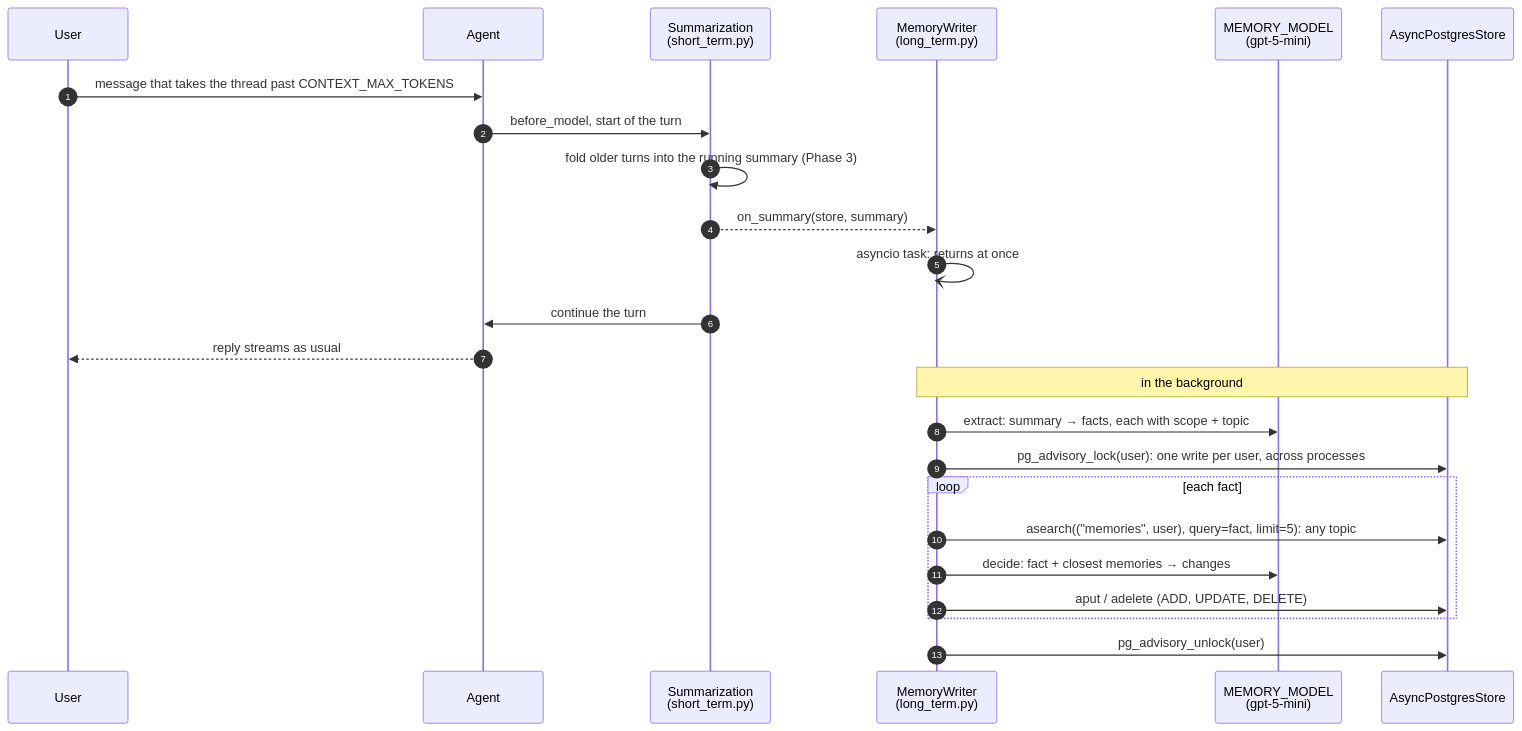
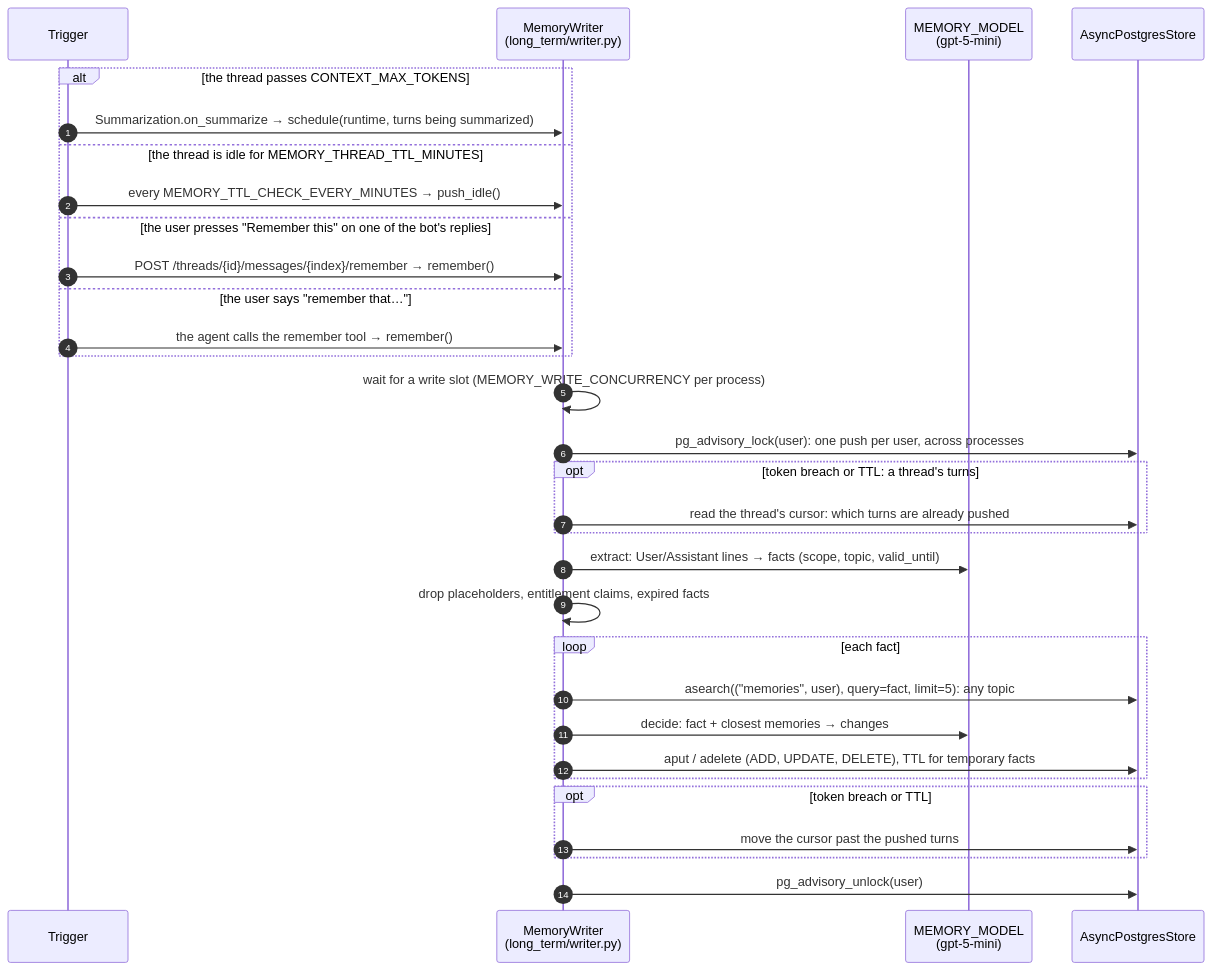
Before and after one commit to Anirudh1905/agentic-ai-chatbot: the first of 2 diagrams in docs/phase-6-long-term-memory.md, drawn with Mermaid. The commit also changed other lines of this file and 41 other files, not shown here.

````diff
--- a/docs/phase-6-long-term-memory.md
+++ b/docs/phase-6-long-term-memory.md
@@ -22,27 +24,34 @@
 ```mermaid
 sequenceDiagram
     autonumber
-    participant U as User
-    participant G as Agent
-    participant S as Summarization<br/>(short_term.py)
-    participant W as MemoryWriter<br/>(long_term.py)
+    participant T as Trigger
+    participant W as MemoryWriter<br/>(long_term/writer.py)
     participant M as MEMORY_MODEL<br/>(gpt-5-mini)
     participant St as AsyncPostgresStore
 
-    U->>G: message that takes the thread past CONTEXT_MAX_TOKENS
-    G->>S: before_model, start of the turn
-    S->>S: fold older turns into the running summary (Phase 3)
-    S-->>W: on_summary(store, summary)
-    W-)W: asyncio task: returns at once
-    S->>G: continue the turn
-    G-->>U: reply streams as usual
-    Note over W,St: in the background
-    W->>M: extract: summary → facts, each with scope + topic
-    W->>St: pg_advisory_lock(user): one write per user, across processes
+    alt the thread passes CONTEXT_MAX_TOKENS
+        T->>W: Summarization.on_summarize → schedule(runtime, turns being summarized)
+    else the thread is idle for MEMORY_THREAD_TTL_MINUTES
+        T->>W: every MEMORY_TTL_CHECK_EVERY_MINUTES → push_idle()
+    else the user presses "Remember this" on one of the bot's replies
+        T->>W: POST /threads/{id}/messages/{index}/remember → remember()
+    else the user says "remember that…"
+        T->>W: the agent calls the remember tool → remember()
+    end
+    W->>W: wait for a write slot (MEMORY_WRITE_CONCURRENCY per process)
+    W->>St: pg_advisory_lock(user): one push per user, across processes
+    opt token breach or TTL: a thread's turns
+        W->>St: read the thread's cursor: which turns are already pushed
+    end
+    W->>M: extract: User/Assistant lines → facts (scope, topic, valid_until)
+    W->>W: drop placeholders, entitlement claims, expired facts
     loop each fact
         W->>St: asearch(("memories", user), query=fact, limit=5): any topic
         W->>M: decide: fact + closest memories → changes
-        W->>St: aput / adelete (ADD, UPDATE, DELETE)
+        W->>St: aput / adelete (ADD, UPDATE, DELETE), TTL for temporary facts
+    end
+    opt token breach or TTL
+        W->>St: move the cursor past the pushed turns
     end
     W->>St: pg_advisory_unlock(user)
 ```
````
